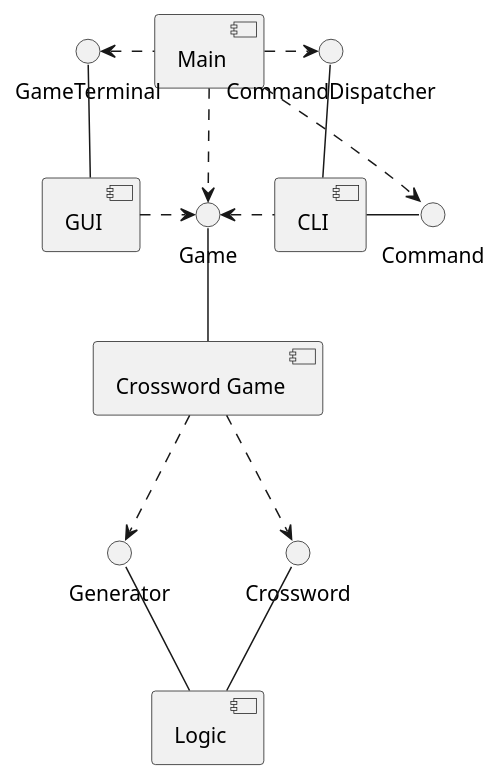
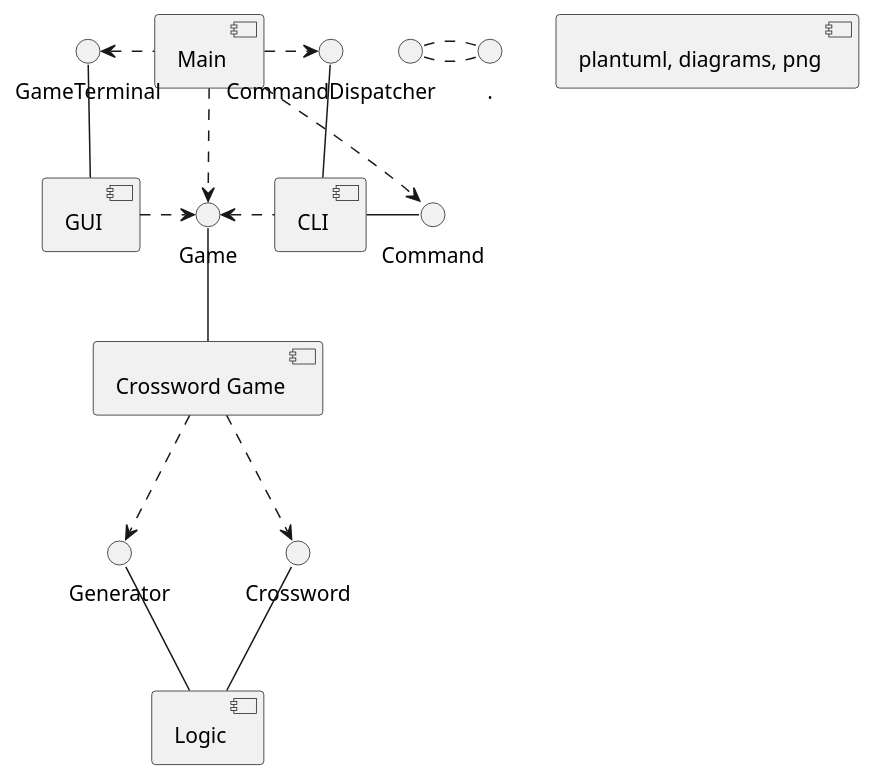
One commit to TraningCenter2018-2019/A_D_Ilyina_first_task changed the diagram in docs/diagrams/component.puml. Above: the diagram before and after it, drawn with PlantUML. The commit also changed 6 other files, not shown here.

Commit message:
fixed diagrams

```diff
--- a/docs/diagrams/component.puml
+++ b/docs/diagrams/component.puml
@@ -1,25 +1,24 @@
-@startuml
-
+[plantuml, diagrams, png]
+....
 [Main] .down.> Game
 [Main] .right.> Command
 [Main] .right.> CommandDispatcher
 [Main] .left.> GameTerminal
 
 [CLI] -up- CommandDispatcher
 [CLI] -right- Command
 
 [CLI] .left.> Game
 
 [GUI] -up- GameTerminal
 
 [GUI] .right.> Game
 
 [Crossword Game] -up- Game
 
 [Crossword Game] .down.> Crossword
 [Crossword Game] .down.> Generator
 
 [Logic] -up- Crossword
 [Logic] -up- Generator
-
-@enduml
+....
```
